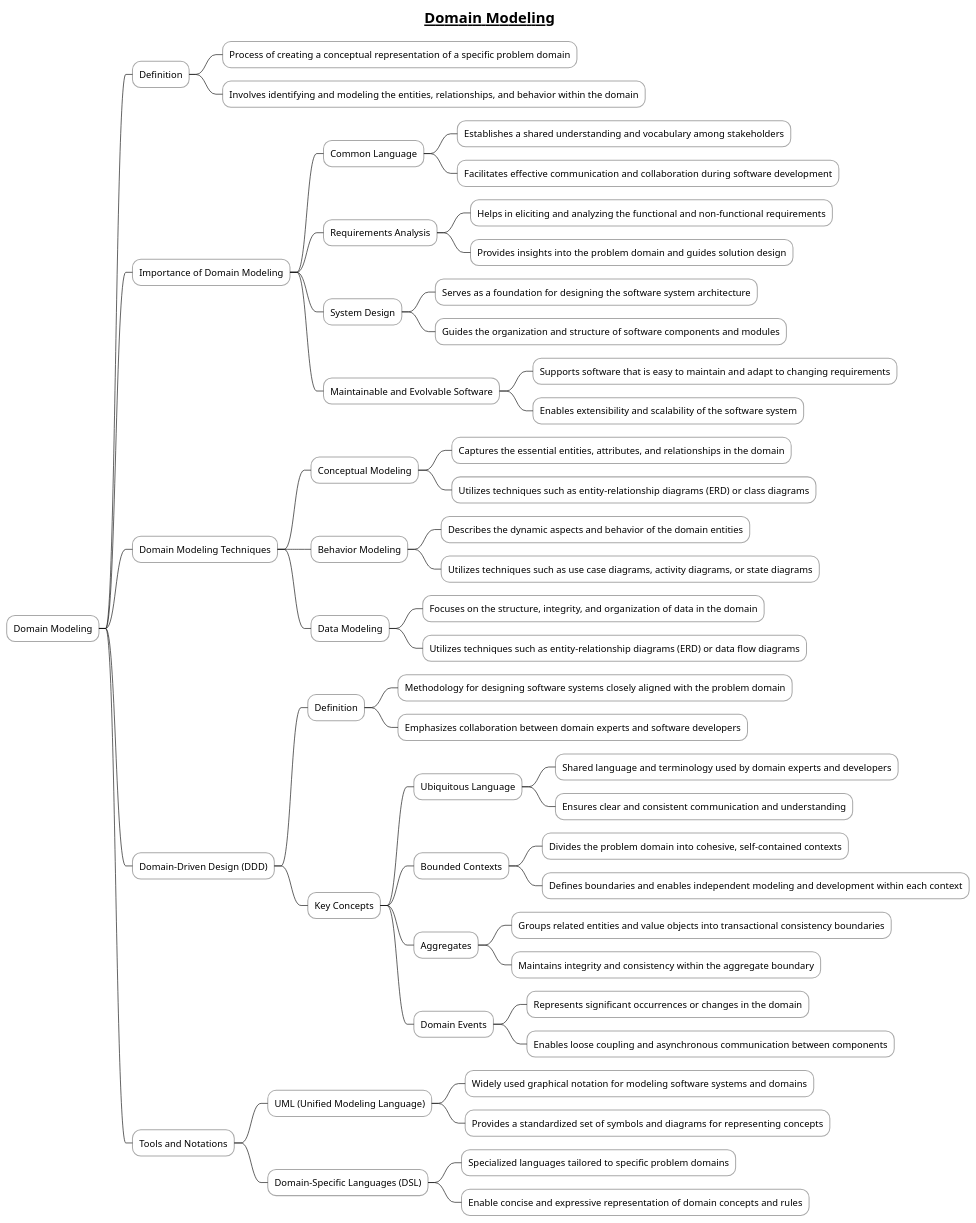
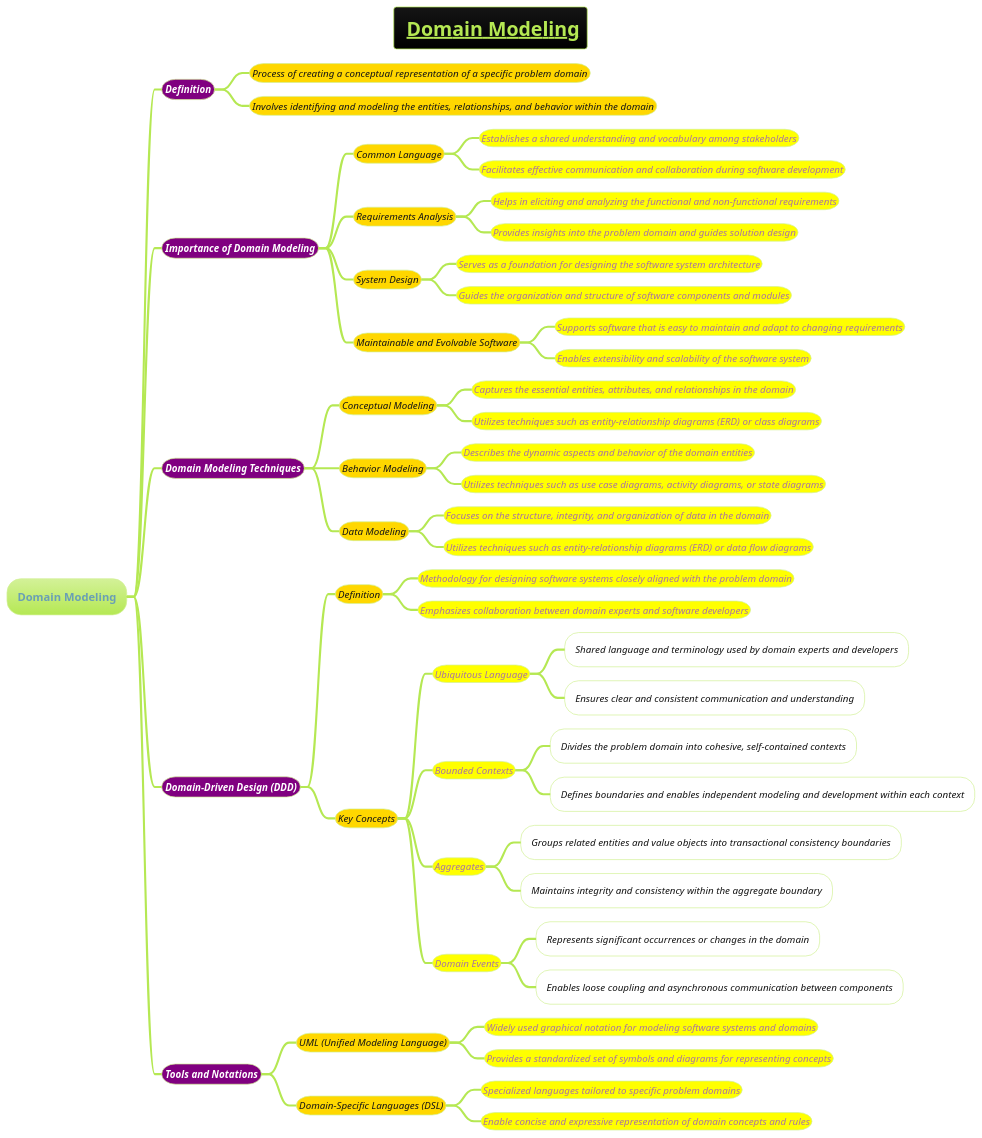
One commit to MehmoodHashmi/Documentation-as-Code-DaC changed the diagram in docs/1-Requirement-Engineering/Domain-Modeling.puml. Above: the diagram before and after it, drawn with PlantUML. The commit also changed 5 other files, not shown here.

```diff
--- a/docs/1-Requirement-Engineering/Domain-Modeling.puml
+++ b/docs/1-Requirement-Engineering/Domain-Modeling.puml
@@ -1,82 +1,83 @@
 @startmindmap
 
 skinparam node {
     BorderColor DarkGray
     BackgroundColor White
 }
 
 skinparam connector {
     LineColor DarkGray
 }
+!theme hacker
 
 title =__ Domain Modeling__
 * Domain Modeling
 
-** Definition
-*** Process of creating a conceptual representation of a specific problem domain
-*** Involves identifying and modeling the entities, relationships, and behavior within the domain
+**[#purple] ====<size:14><color #white>Definition
+***[#gold] ====<size:14>Process of creating a conceptual representation of a specific problem domain
+***[#gold] ====<size:14>Involves identifying and modeling the entities, relationships, and behavior within the domain
 
-** Importance of Domain Modeling
-*** Common Language
-**** Establishes a shared understanding and vocabulary among stakeholders
-**** Facilitates effective communication and collaboration during software development
+**[#purple] ====<size:14><color #white>Importance of Domain Modeling
+***[#gold] ====<size:14>Common Language
+****[#yellow] ====<size:14>Establishes a shared understanding and vocabulary among stakeholders
+****[#yellow] ====<size:14>Facilitates effective communication and collaboration during software development
 
-*** Requirements Analysis
-**** Helps in eliciting and analyzing the functional and non-functional requirements
-**** Provides insights into the problem domain and guides solution design
+***[#gold] ====<size:14>Requirements Analysis
+****[#yellow] ====<size:14>Helps in eliciting and analyzing the functional and non-functional requirements
+****[#yellow] ====<size:14>Provides insights into the problem domain and guides solution design
 
-*** System Design
-**** Serves as a foundation for designing the software system architecture
-**** Guides the organization and structure of software components and modules
+***[#gold] ====<size:14>System Design
+****[#yellow] ====<size:14>Serves as a foundation for designing the software system architecture
+****[#yellow] ====<size:14>Guides the organization and structure of software components and modules
 
-*** Maintainable and Evolvable Software
-**** Supports software that is easy to maintain and adapt to changing requirements
-**** Enables extensibility and scalability of the software system
+***[#gold] ====<size:14>Maintainable and Evolvable Software
+****[#yellow] ====<size:14>Supports software that is easy to maintain and adapt to changing requirements
+****[#yellow] ====<size:14>Enables extensibility and scalability of the software system
 
-** Domain Modeling Techniques
+**[#purple] ====<size:14><color #white>Domain Modeling Techniques
 
-*** Conceptual Modeling
-**** Captures the essential entities, attributes, and relationships in the domain
-**** Utilizes techniques such as entity-relationship diagrams (ERD) or class diagrams
+***[#gold] ====<size:14>Conceptual Modeling
+****[#yellow] ====<size:14>Captures the essential entities, attributes, and relationships in the domain
+****[#yellow] ====<size:14>Utilizes techniques such as entity-relationship diagrams (ERD) or class diagrams
 
-*** Behavior Modeling
-**** Describes the dynamic aspects and behavior of the domain entities
-**** Utilizes techniques such as use case diagrams, activity diagrams, or state diagrams
+***[#gold] ====<size:14>Behavior Modeling
+****[#yellow] ====<size:14>Describes the dynamic aspects and behavior of the domain entities
+****[#yellow] ====<size:14>Utilizes techniques such as use case diagrams, activity diagrams, or state diagrams
 
-*** Data Modeling
-**** Focuses on the structure, integrity, and organization of data in the domain
-**** Utilizes techniques such as entity-relationship diagrams (ERD) or data flow diagrams
+***[#gold] ====<size:14>Data Modeling
+****[#yellow] ====<size:14>Focuses on the structure, integrity, and organization of data in the domain
+****[#yellow] ====<size:14>Utilizes techniques such as entity-relationship diagrams (ERD) or data flow diagrams
 
-** Domain-Driven Design (DDD)
+**[#purple] ====<size:14><color #white>Domain-Driven Design (DDD)
 
-*** Definition
-**** Methodology for designing software systems closely aligned with the problem domain
-**** Emphasizes collaboration between domain experts and software developers
+***[#gold] ====<size:14>Definition
+****[#yellow] ====<size:14>Methodology for designing software systems closely aligned with the problem domain
+****[#yellow] ====<size:14>Emphasizes collaboration between domain experts and software developers
 
-*** Key Concepts
-**** Ubiquitous Language
-***** Shared language and terminology used by domain experts and developers
-***** Ensures clear and consistent communication and understanding
+***[#gold] ====<size:14>Key Concepts
+****[#yellow] ====<size:14>Ubiquitous Language
+*****[#white] ====<size:14>Shared language and terminology used by domain experts and developers
+*****[#white] ====<size:14>Ensures clear and consistent communication and understanding
 
-**** Bounded Contexts
-***** Divides the problem domain into cohesive, self-contained contexts
-***** Defines boundaries and enables independent modeling and development within each context
+****[#yellow] ====<size:14>Bounded Contexts
+*****[#white] ====<size:14>Divides the problem domain into cohesive, self-contained contexts
+*****[#white] ====<size:14>Defines boundaries and enables independent modeling and development within each context
 
-**** Aggregates
-***** Groups related entities and value objects into transactional consistency boundaries
-***** Maintains integrity and consistency within the aggregate boundary
+****[#yellow] ====<size:14>Aggregates
+*****[#white] ====<size:14>Groups related entities and value objects into transactional consistency boundaries
+*****[#white] ====<size:14>Maintains integrity and consistency within the aggregate boundary
 
-**** Domain Events
-***** Represents significant occurrences or changes in the domain
-***** Enables loose coupling and asynchronous communication between components
+****[#yellow] ====<size:14>Domain Events
+*****[#white] ====<size:14>Represents significant occurrences or changes in the domain
+*****[#white] ====<size:14>Enables loose coupling and asynchronous communication between components
 
-** Tools and Notations
-*** UML (Unified Modeling Language)
-**** Widely used graphical notation for modeling software systems and domains
-**** Provides a standardized set of symbols and diagrams for representing concepts
+**[#purple] ====<size:14><color #white>Tools and Notations
+***[#gold] ====<size:14>UML (Unified Modeling Language)
+****[#yellow] ====<size:14>Widely used graphical notation for modeling software systems and domains
+****[#yellow] ====<size:14>Provides a standardized set of symbols and diagrams for representing concepts
 
-*** Domain-Specific Languages (DSL)
-**** Specialized languages tailored to specific problem domains
-**** Enable concise and expressive representation of domain concepts and rules
+***[#gold] ====<size:14>Domain-Specific Languages (DSL)
+****[#yellow] ====<size:14>Specialized languages tailored to specific problem domains
+****[#yellow] ====<size:14>Enable concise and expressive representation of domain concepts and rules
 
 @endmindmap
```
